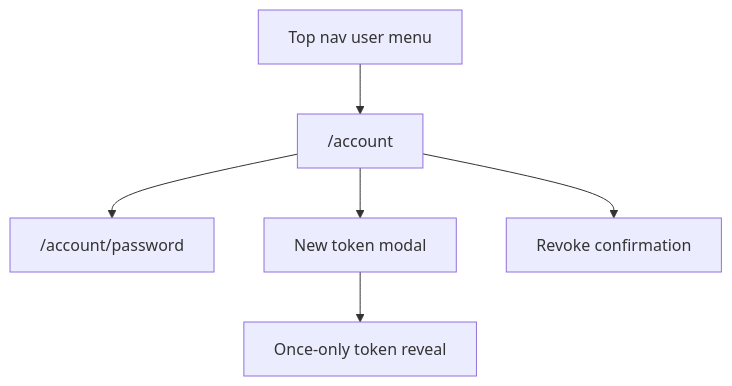
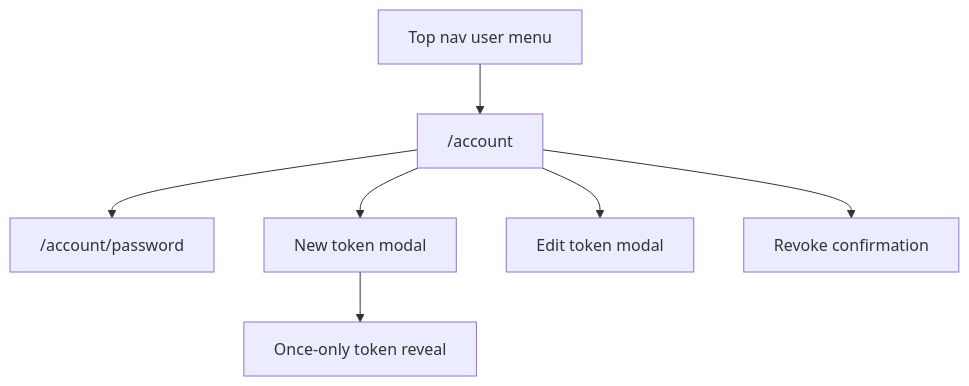
One commit to maister-dev/maister changed the first of 2 diagrams in docs/screens/account.md. Above: the diagram before and after it, drawn with Mermaid. The commit also changed other lines of this file and 14 other files, not shown here.

````diff
--- a/docs/screens/account.md
+++ b/docs/screens/account.md
@@ -45,8 +46,9 @@
 ```mermaid
 flowchart TD
     TopNav["Top nav user menu"] --> Account["/account"]
     Account --> Password["/account/password"]
     Account --> CreateToken["New token modal"]
     CreateToken --> Reveal["Once-only token reveal"]
+    Account --> EditToken["Edit token modal"]
     Account --> Revoke["Revoke confirmation"]
 ```
````
